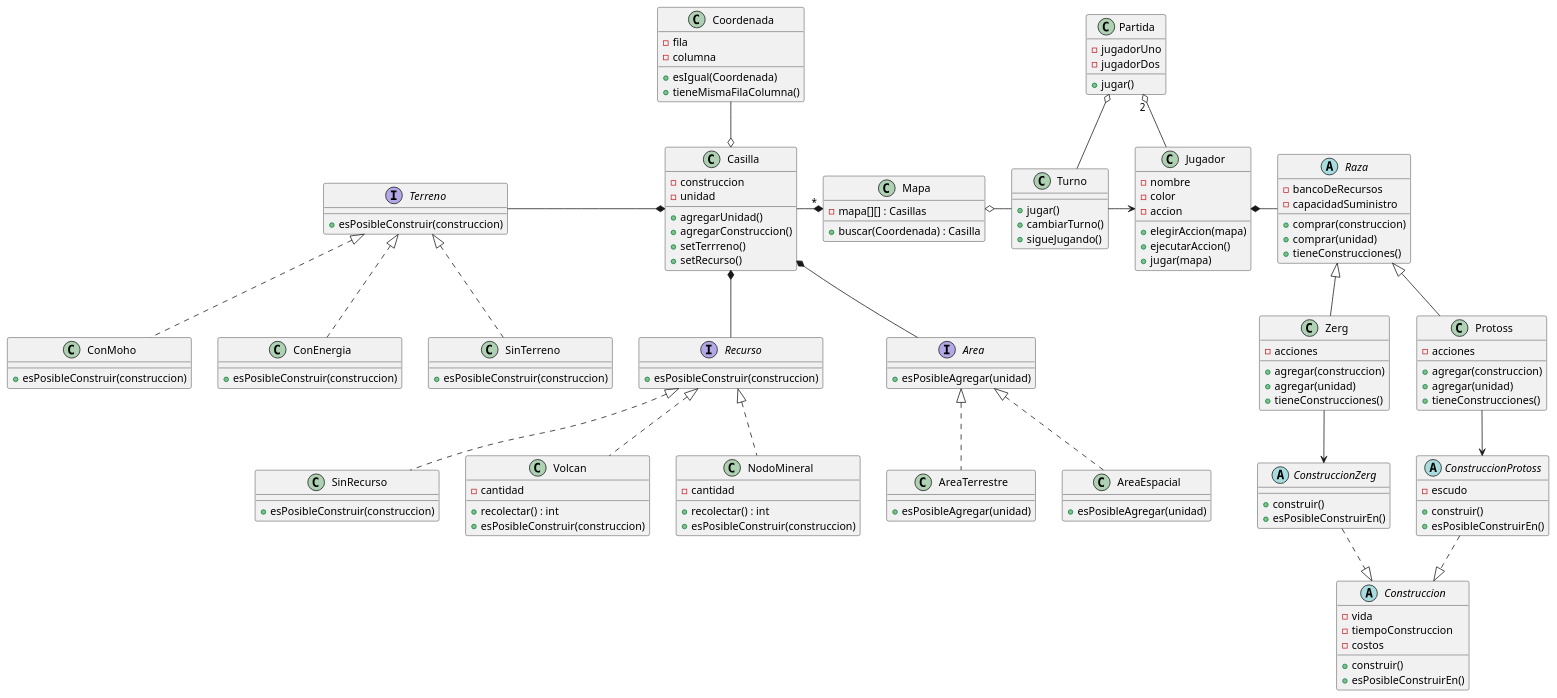
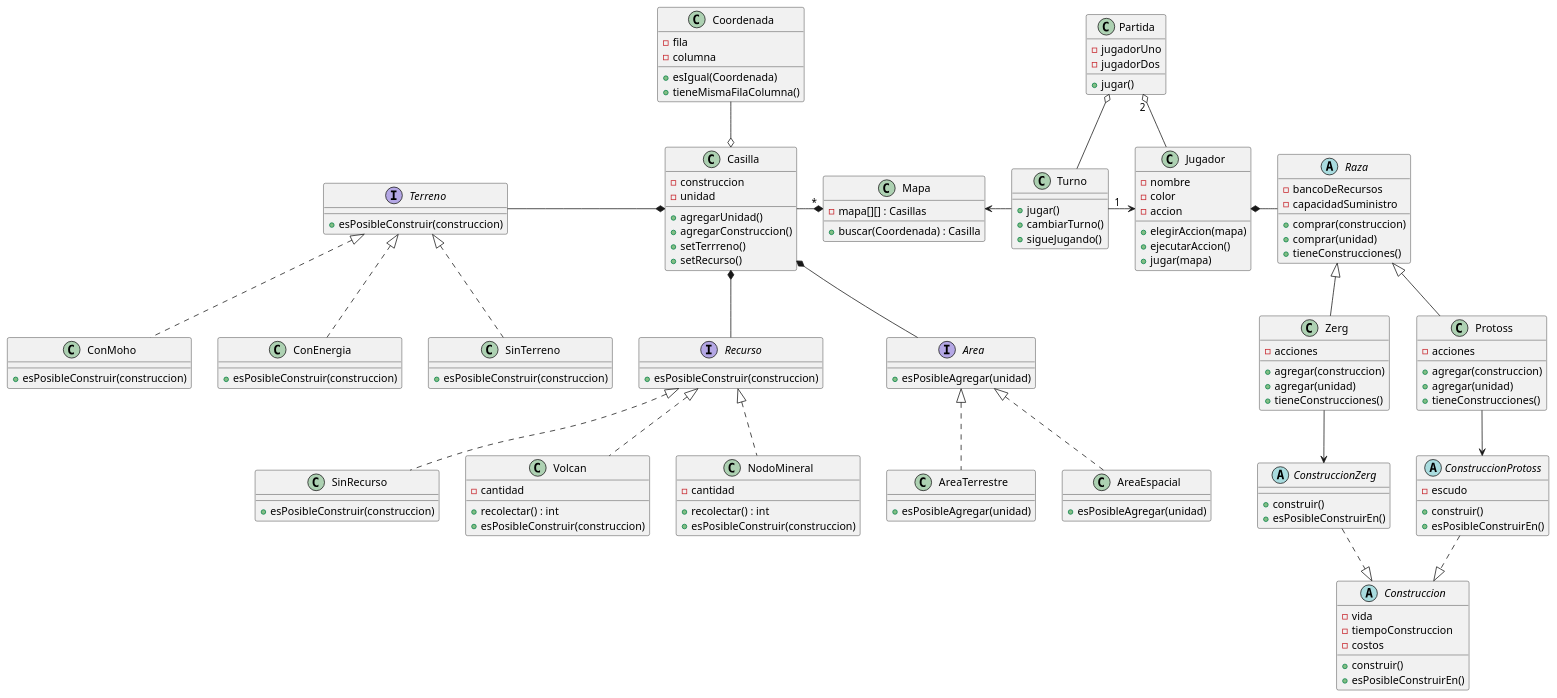
One commit to GiaWong/Algo3_TP2_2C2022 changed the diagram in diagrams/classes/Modelo3/ModeloGeneralVersion03.puml. Above: the diagram before and after it, drawn with PlantUML. The commit also changed 33 other files, not shown here.

```diff
--- a/diagrams/classes/Modelo3/ModeloGeneralVersion03.puml
+++ b/diagrams/classes/Modelo3/ModeloGeneralVersion03.puml
@@ -1,176 +1,175 @@
 @startuml
 'https://plantuml.com/class-diagram
 
 class Partida {
     - jugadorUno
     - jugadorDos
 
     + jugar()
 }
 
 class Jugador {
     - nombre
     - color
     - accion
 
     + elegirAccion(mapa)
     + ejecutarAccion()
     + jugar(mapa)
 }
 
 abstract class Raza {
     - bancoDeRecursos
     - capacidadSuministro
 
     + comprar(construccion)
     + comprar(unidad)
     + tieneConstrucciones()
 }
 
 class Zerg {
     - acciones
     + agregar(construccion)
     + agregar(unidad)
     + tieneConstrucciones()
 }
 
 class Protoss {
     - acciones
     + agregar(construccion)
     + agregar(unidad)
     + tieneConstrucciones()
 }
 
 abstract class Construccion {
     - vida
     - tiempoConstruccion
     - costos
     + construir()
     + esPosibleConstruirEn()
 }
 
 abstract class ConstruccionZerg {
     + construir()
     + esPosibleConstruirEn()
 }
 
 abstract class ConstruccionProtoss {
     - escudo
     + construir()
     + esPosibleConstruirEn()
 }
 
 class Mapa {
     - mapa[][] : Casillas
 
     + buscar(Coordenada) : Casilla
 }
 
 class Casilla {
 
     - construccion
     - unidad
 
     + agregarUnidad()
     + agregarConstruccion()
     + setTerrreno()
     + setRecurso()
 }
 
 class Coordenada {
     - fila
     - columna
 
     +esIgual(Coordenada)
     +tieneMismaFilaColumna()
 }
 
 class SinRecurso {
     + esPosibleConstruir(construccion)
 }
 
 interface Terreno {
     + esPosibleConstruir(construccion)
 }
 
 class ConMoho {
     + esPosibleConstruir(construccion)
 }
 
 class ConEnergia {
     + esPosibleConstruir(construccion)
 }
 
 class SinTerreno {
     + esPosibleConstruir(construccion)
 }
 
 class Volcan {
     - cantidad
     + recolectar() : int
     + esPosibleConstruir(construccion)
 }
 
 class NodoMineral {
     - cantidad
     + recolectar() : int
     + esPosibleConstruir(construccion)
 }
 
 class Turno {
 
     +jugar()
     +cambiarTurno()
     +sigueJugando()
 }
 
 interface Recurso {
     + esPosibleConstruir(construccion)
 }
 
-
 Partida "2" o-- Jugador
 Partida o-- Turno
-Turno -> Jugador
+Turno "1" -> Jugador
 
 Jugador *- Raza
 Raza <|-- Zerg
 Raza <|-- Protoss
 Zerg --> ConstruccionZerg
 Protoss --> ConstruccionProtoss
 ConstruccionZerg ..|> Construccion
 ConstruccionProtoss ..|> Construccion
 
-Mapa o- Turno
+Mapa <- Turno
 Casilla -* "*" Mapa
 Coordenada --o Casilla
 
 Casilla *-left- Terreno
 Terreno <|.. ConEnergia
 Terreno <|.. ConMoho
 Terreno <|.. SinTerreno
 
 Casilla *-- Recurso
 Recurso <|.. Volcan
 Recurso <|.. NodoMineral
 Recurso <|.. SinRecurso
 
 interface Area{
  +esPosibleAgregar(unidad)
 }
 class AreaTerrestre{
 +esPosibleAgregar(unidad)
 }
 class AreaEspacial{
 +esPosibleAgregar(unidad)
 }
 
 Casilla *-- Area
 Area <|.. AreaEspacial
 Area <|.. AreaTerrestre
 
 
 
 
 
 @enduml
```
